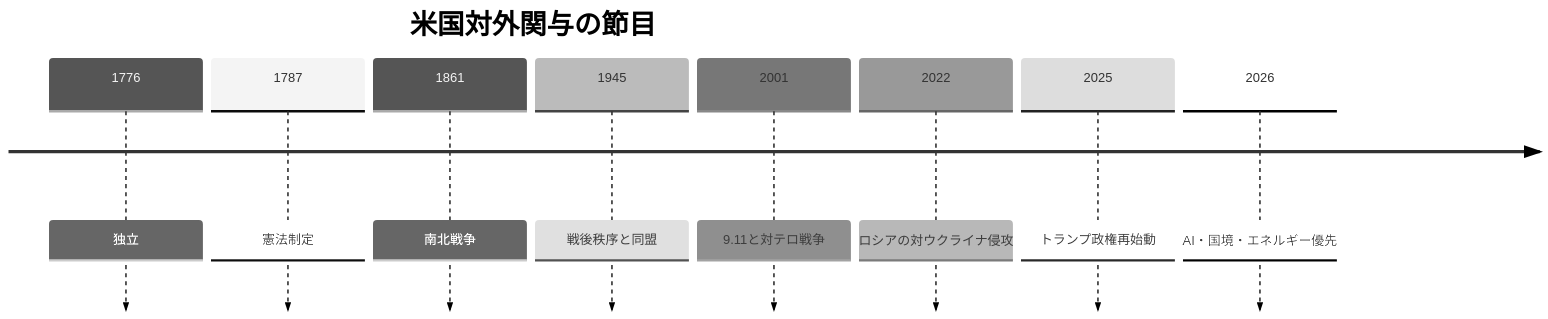
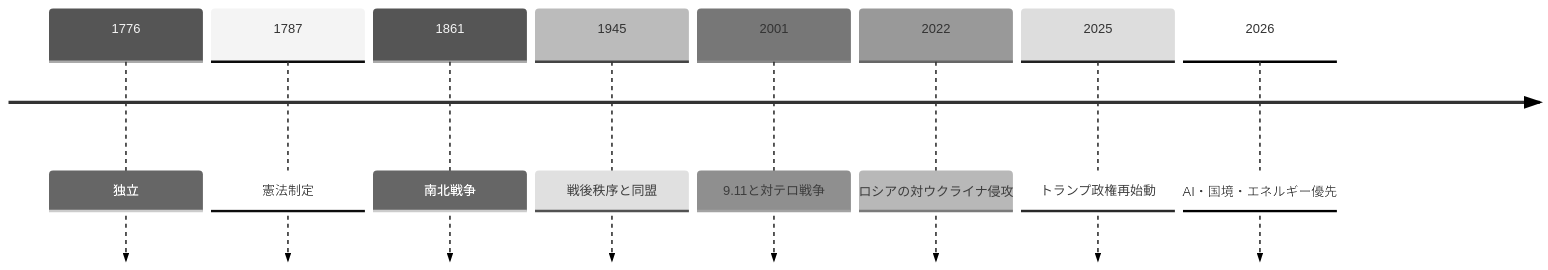
Before and after one commit to daylight55/research: the second of 3 diagrams in articles/report/united-states-geopolitical-profile/ja/index.mdx, drawn with Mermaid (neutral theme). The commit also changed other lines of this file and 181 other files, not shown here.

First line of the commit message:
全記事の図解368点を再生成し、共通注意書きを削除 (#402)

````diff
--- a/articles/report/united-states-geopolitical-profile/ja/index.mdx
+++ b/articles/report/united-states-geopolitical-profile/ja/index.mdx
@@ -48,12 +55,15 @@
 ```mermaid
 timeline
-  title 米国対外関与の節目
+  accTitle: 米国の国家形成と対外関与の変化
+  accDescr: 独立・憲法から戦後同盟、対テロ戦争、近年の対外危機と政権方針までを年代で読む。
+  accTitle: 米国の国家形成と対外関与の変化
+  accDescr: 独立・憲法から戦後同盟、対テロ戦争、近年の対外危機と政権方針までを年代で読む。
   1776 : 独立
   1787 : 憲法制定
   1861 : 南北戦争
   1945 : 戦後秩序と同盟
   2001 : 9.11と対テロ戦争
   2022 : ロシアの対ウクライナ侵攻
   2025 : トランプ政権再始動
   2026 : AI・国境・エネルギー優先
 ```
````
